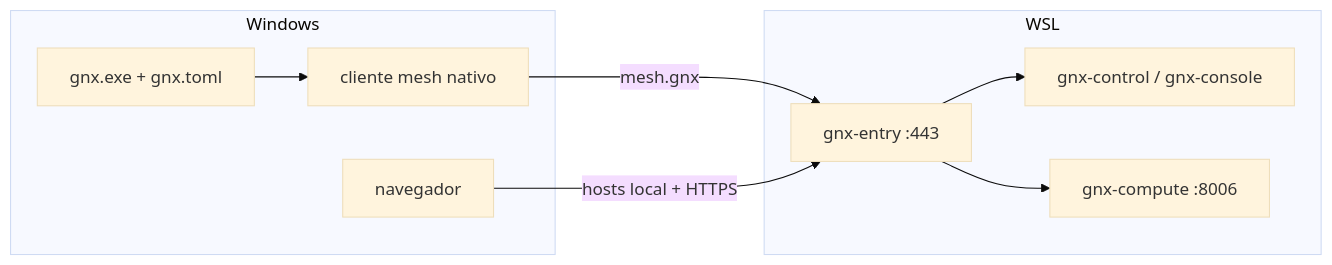
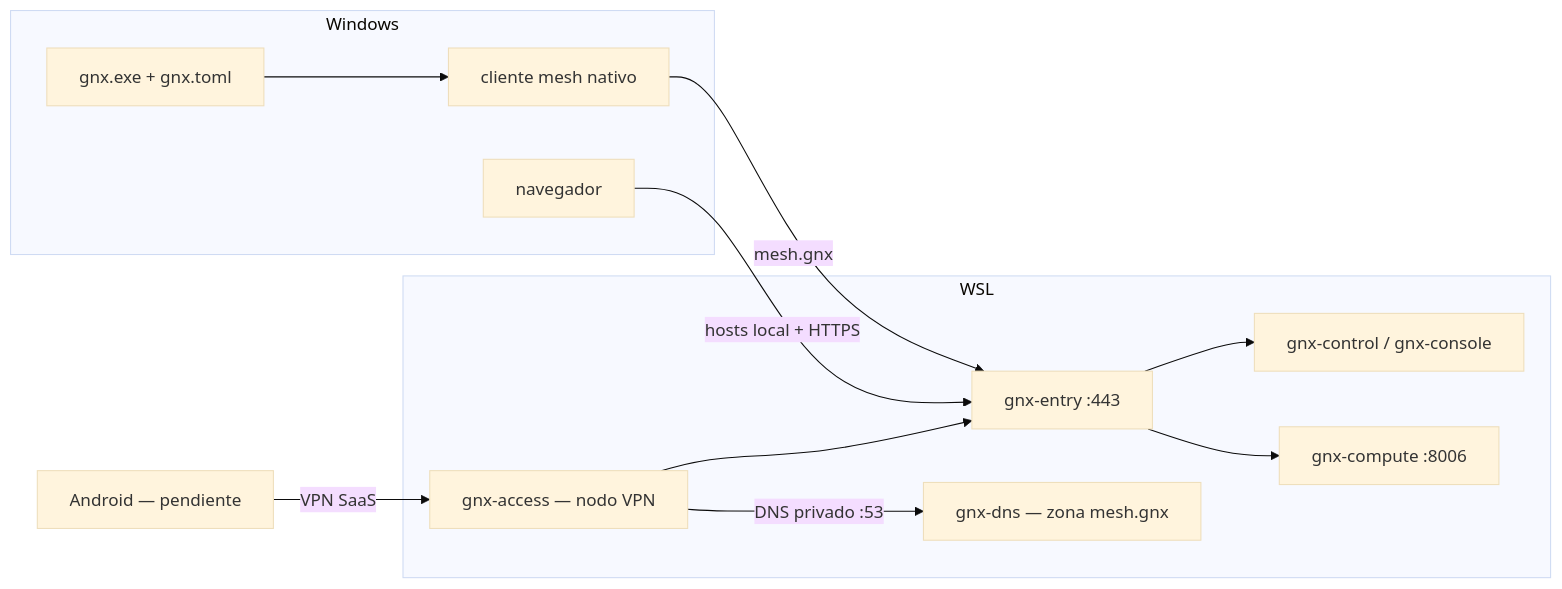
One commit to mayas-alas/quetzalcoatl changed the diagram in docs/architecture.md. Above: the diagram before and after it, drawn with Mermaid (base theme). The commit also changed other lines of this file and 4 other files, not shown here.

Commit message:
docs: define Android access flow and record enrollment gate

````diff
--- a/docs/architecture.md
+++ b/docs/architecture.md
@@ -11,13 +11,17 @@
 ```mermaid
 flowchart LR
     subgraph Windows
         R["gnx.exe + gnx.toml"] --> M["cliente mesh nativo"]
         B["navegador"]
     end
     subgraph WSL
+        X["gnx-access — nodo VPN"] --> E
+        D["gnx-dns — zona mesh.gnx"]
         E["gnx-entry :443"] --> C["gnx-control / gnx-console"]
         E --> P["gnx-compute :8006"]
     end
     M -->|mesh.gnx| E
     B -->|hosts local + HTTPS| E
+    A["Android — pendiente"] -->|VPN SaaS| X
+    X -->|DNS privado :53| D
 ```
````
